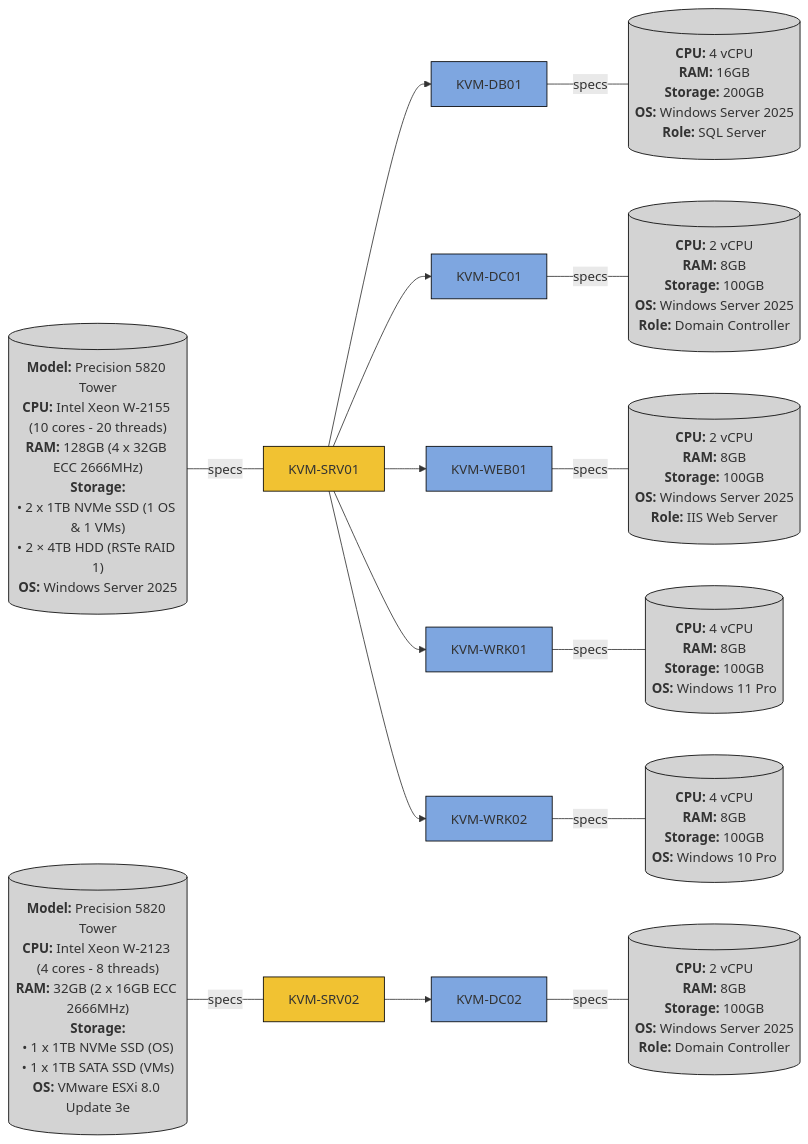
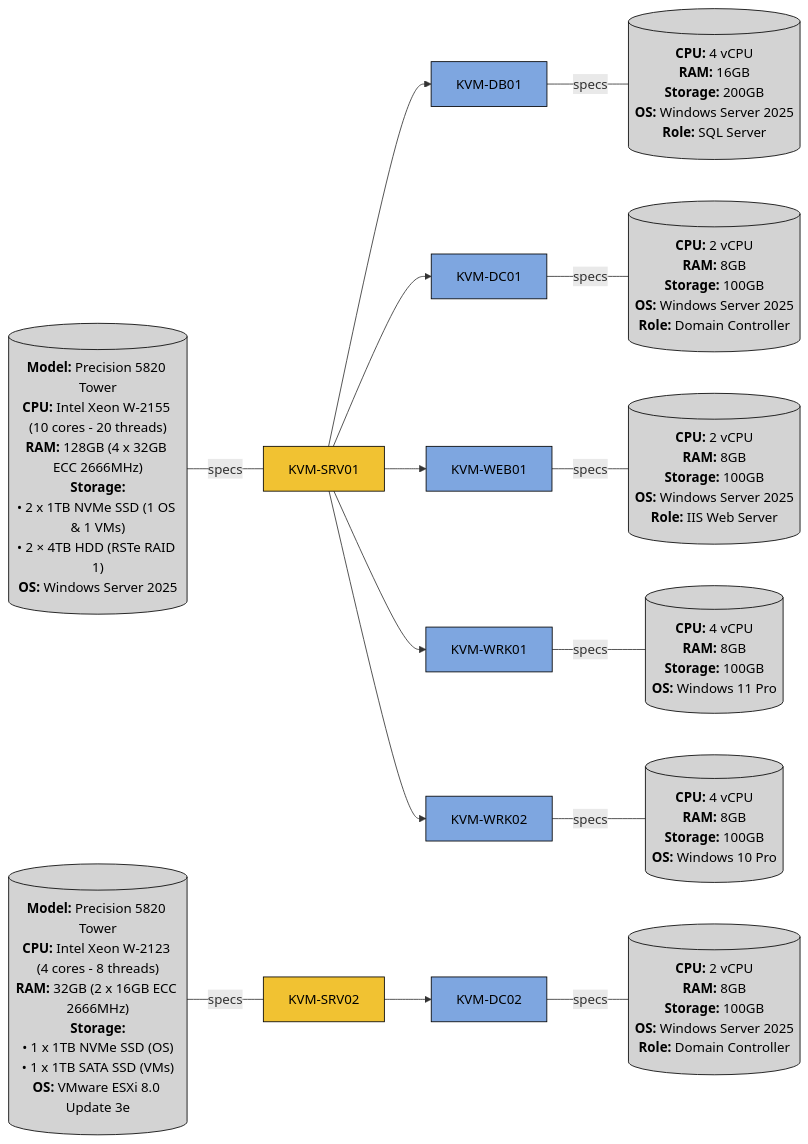
One commit to khangvum/homelab-ansible-config changed the diagram in README.md. Above: the diagram before and after it, drawn with Mermaid.

Commit message:
Changed text color to black

````diff
--- a/README.md
+++ b/README.md
@@ -14,64 +14,64 @@
 ```mermaid
 flowchart LR
     %% 1. KVM-SRV01
     %% - Host
     SRV01_SPECS[("`**Model:** Precision 5820 Tower
         **CPU:** Intel Xeon W-2155 (10 cores - 20 threads)
         **RAM:** 128GB (4 x 32GB ECC 2666MHz)
         **Storage:**
         • 2 x 1TB NVMe SSD (1 OS & 1 VMs)
         • 2 × 4TB HDD (RSTe RAID 1)
         **OS:** Windows Server 2025`")] -- specs --- SRV01[KVM-SRV01]
     
     %% - VMs
     SRV01 --> DB01[KVM-DB01] -- specs --- DB01_SPECS[("`**CPU:** 4 vCPU
                                                         **RAM:** 16GB
                                                         **Storage:** 200GB
                                                         **OS:** Windows Server 2025
                                                         **Role:** SQL Server`")]
     SRV01 --> DC01[KVM-DC01] -- specs --- DC01_SPECS[("`**CPU:** 2 vCPU
                                                         **RAM:** 8GB
                                                         **Storage:** 100GB
                                                         **OS:** Windows Server 2025
                                                         **Role:** Domain Controller`")]
     SRV01 --> WEB01[KVM-WEB01] -- specs --- WEB01_SPECS[("`**CPU:** 2 vCPU
                                                             **RAM:** 8GB
                                                             **Storage:** 100GB
                                                             **OS:** Windows Server 2025
                                                             **Role:** IIS Web Server`")]
     SRV01 --> WRK01[KVM-WRK01] -- specs --- WRK01_SPECS[("`**CPU:** 4 vCPU
                                                             **RAM:** 8GB
                                                             **Storage:** 100GB
                                                             **OS:** Windows 11 Pro`")]
     SRV01 --> WRK02[KVM-WRK02] -- specs --- WRK02_SPECS[("`**CPU:** 4 vCPU
                                                             **RAM:** 8GB
                                                             **Storage:** 100GB
                                                             **OS:** Windows 10 Pro`")]
 
     
 
     %% 2. KVM-SRV02
     %% - Host
     SRV02_SPECS[("`**Model:** Precision 5820 Tower
         **CPU:** Intel Xeon W-2123 (4 cores - 8 threads)
         **RAM:** 32GB (2 x 16GB ECC 2666MHz)
         **Storage:**
         • 1 x 1TB NVMe SSD (OS)
         • 1 x 1TB SATA SSD (VMs)
         **OS:** VMware ESXi 8.0 Update 3e`")] -- specs --- SRV02[KVM-SRV02]
 
     %% - VMs
     SRV02 --> DC02[KVM-DC02] -- specs --- DC02_SPECS[("`**CPU:** 2 vCPU
                                                         **RAM:** 8GB
                                                         **Storage:** 100GB
                                                         **OS:** Windows Server 2025
                                                         **Role:** Domain Controller`")]
 
     %% Styling
     class SRV01,SRV02 hosts
-    classDef hosts fill:#f1c232,stroke:#000
+    classDef hosts fill:#f1c232,stroke:#000,color:#000
     class DB01,DC01,DC02,WEB01,WRK01,WRK02 vms
-    classDef vms fill:#7ea6e0,stroke:#000
+    classDef vms fill:#7ea6e0,stroke:#000,color:#000
     class SRV01_SPECS,SRV02_SPECS,DB01_SPECS,DC01_SPECS,DC02_SPECS,WEB01_SPECS,WRK01_SPECS,WRK02_SPECS specs
-    classDef specs fill:#d3d3d3,stroke:#000
+    classDef specs fill:#d3d3d3,stroke:#000,color:#000
 ```
````
